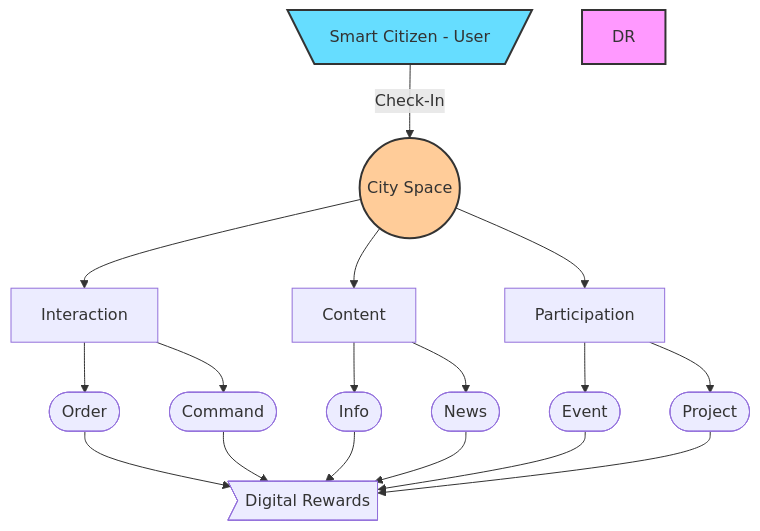
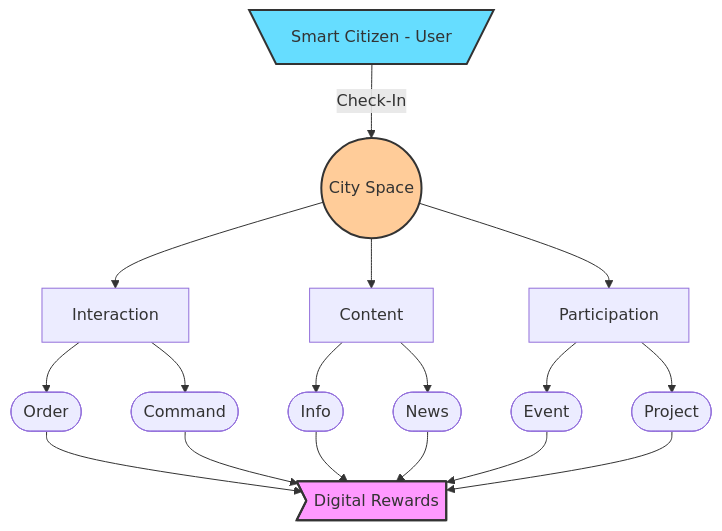
One commit to cityos-work/cityos-dev changed the second of 2 diagrams in pages/elements/city-spaces.md. Above: the diagram before and after it, drawn with Mermaid.

````diff
--- a/pages/elements/city-spaces.md
+++ b/pages/elements/city-spaces.md
@@ -33,24 +33,24 @@
 ```mermaid
 graph TB;
     USER[\Smart Citizen - User/]-- Check-In -->SPACE((City Space));
     SPACE-->INTERACTION[Interaction];
     SPACE-->CONTENT[Content];
     SPACE-->PARTICIPATION[Participation];
     
     INTERACTION-->ORDER([Order]);
     INTERACTION-->COMMAND([Command]);
     CONTENT-->INFO([Info]);
     CONTENT-->NEWS([News]);
     PARTICIPATION-->EVENT([Event]);
     PARTICIPATION-->PROJECT([Project]);
     ORDER-->REWARD>Digital Rewards];
     COMMAND-->REWARD;
     INFO-->REWARD;
     NEWS-->REWARD;
     EVENT-->REWARD;
     PROJECT-->REWARD;
     
     style USER fill:#6df,stroke:#333,stroke-width:2px
     style SPACE fill:#fc9,stroke:#333,stroke-width:2px
-    style DR fill:#f9f,stroke:#333,stroke-width:2px
+    style REWARD fill:#f9f,stroke:#333,stroke-width:2px
 ```
````
